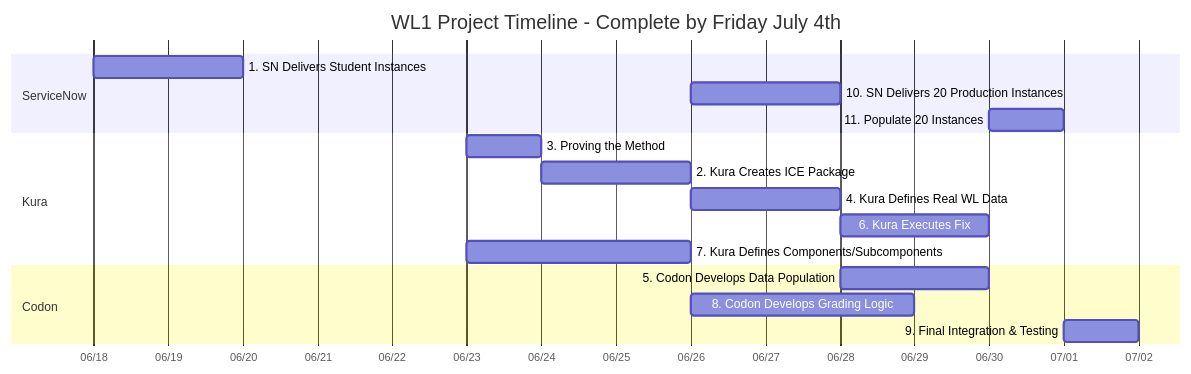
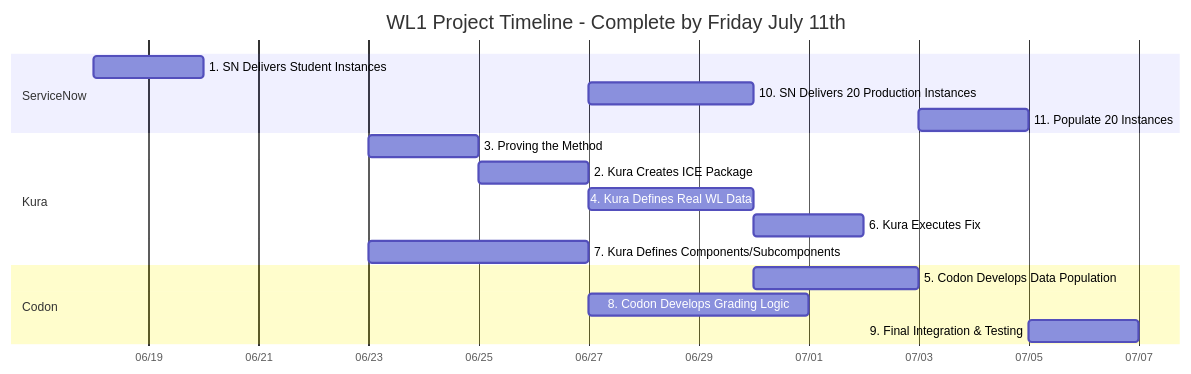
Before and after one commit to elmorenox/wl1_mermaid: the diagram in readme.md, drawn with Mermaid. The commit also changed other lines of this file, not shown here.

````diff
--- a/readme.md
+++ b/readme.md
@@ -5,23 +5,23 @@
 ```mermaid
 gantt
-    title WL1 Project Timeline - Complete by Friday July 4th
+    title WL1 Project Timeline - Complete by Friday July 11th
     dateFormat YYYY-MM-DD
     axisFormat %m/%d
     
     section ServiceNow
     1. SN Delivers Student Instances      :sn1, 2025-06-18, 2025-06-20
-    10. SN Delivers 20 Production Instances :sn10, after k2, 2d
-    11. Populate 20 Instances             :sn11, after c5, 1d
+    10. SN Delivers 20 Production Instances :sn10, after k2, 3d
+    11. Populate 20 Instances             :sn11, after c5, 2d
     
     section Kura
-    3. Proving the Method                 :k3, 2025-06-23, 2025-06-24
+    3. Proving the Method                 :k3, 2025-06-23, 2025-06-25
     2. Kura Creates ICE Package           :k2, after k3, 2d
-    4. Kura Defines Real WL Data          :k4, after k2, 2d
+    4. Kura Defines Real WL Data          :k4, after k2, 3d
     6. Kura Executes Fix                  :k6, after k4, 2d
-    7. Kura Defines Components/Subcomponents :k7, 2025-06-23, 2025-06-26
+    7. Kura Defines Components/Subcomponents :k7, 2025-06-23, 2025-06-27
     
     section Codon
-    5. Codon Develops Data Population     :c5, after k4, 2d
-    8. Codon Develops Grading Logic       :c8, after k7, 3d
-    9. Final Integration & Testing        :c9, after sn11 c8 k6, 1d
+    5. Codon Develops Data Population     :c5, after k4, 3d
+    8. Codon Develops Grading Logic       :c8, after k7, 4d
+    9. Final Integration & Testing        :c9, after sn11 c8 k6, 2d
 ```
````
